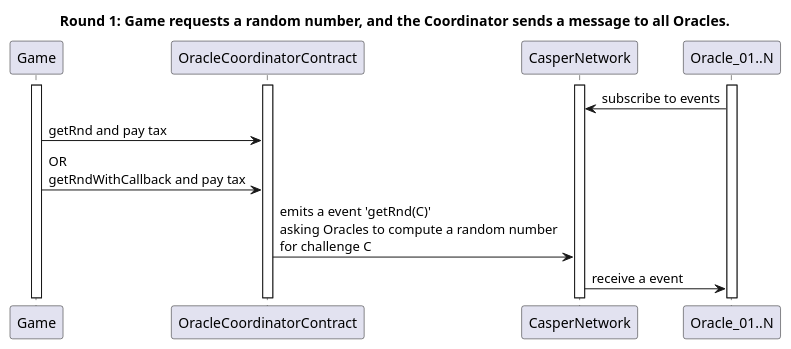
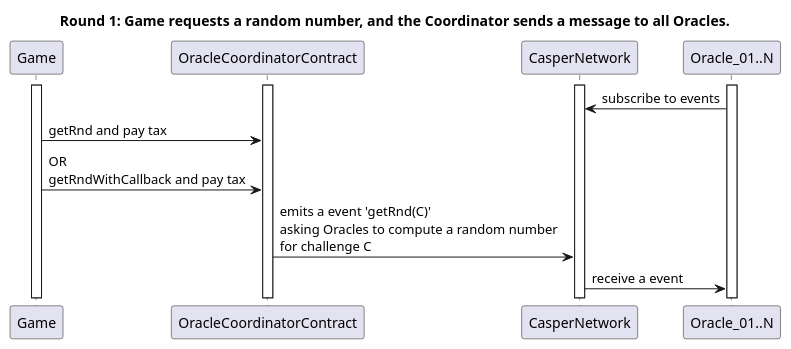
Before and after one commit to lucribas/casper-game-oracle: the sixth of 13 diagrams in docs/images/Diagrams_plant_uml.md, drawn with PlantUML. The commit also changed other lines of this file and 1 other file, not shown here.

````diff
--- a/docs/images/Diagrams_plant_uml.md
+++ b/docs/images/Diagrams_plant_uml.md
@@ -87,14 +153,14 @@
 ```plantuml
 @startuml
-title Round 1: Game requests a random number, and the Coordinator sends a message to all Oracles.
+title Round 1: **Game** requests a random number, and the **Coordinator** sends a message to all **Oracles**.
 activate Game
 activate OracleCoordinatorContract
 activate CasperNetwork
 activate Oracle_01..N
 Oracle_01..N -> CasperNetwork : subscribe to events
 Game -> OracleCoordinatorContract : getRnd and pay tax
 Game -> OracleCoordinatorContract : OR\ngetRndWithCallback and pay tax
 OracleCoordinatorContract -> CasperNetwork : emits a event 'getRnd(C)'\nasking Oracles to compute a random number\nfor challenge C
 Oracle_01..N <- CasperNetwork : receive a event
 @enduml
 ```
````
